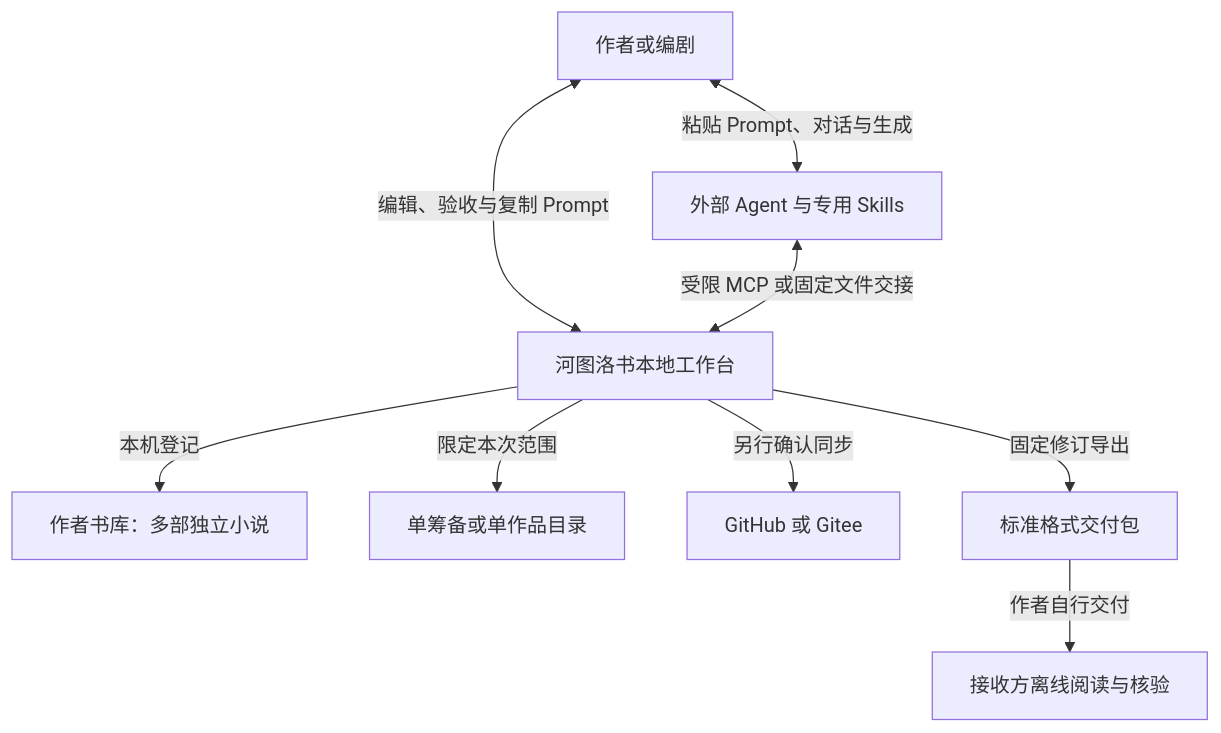
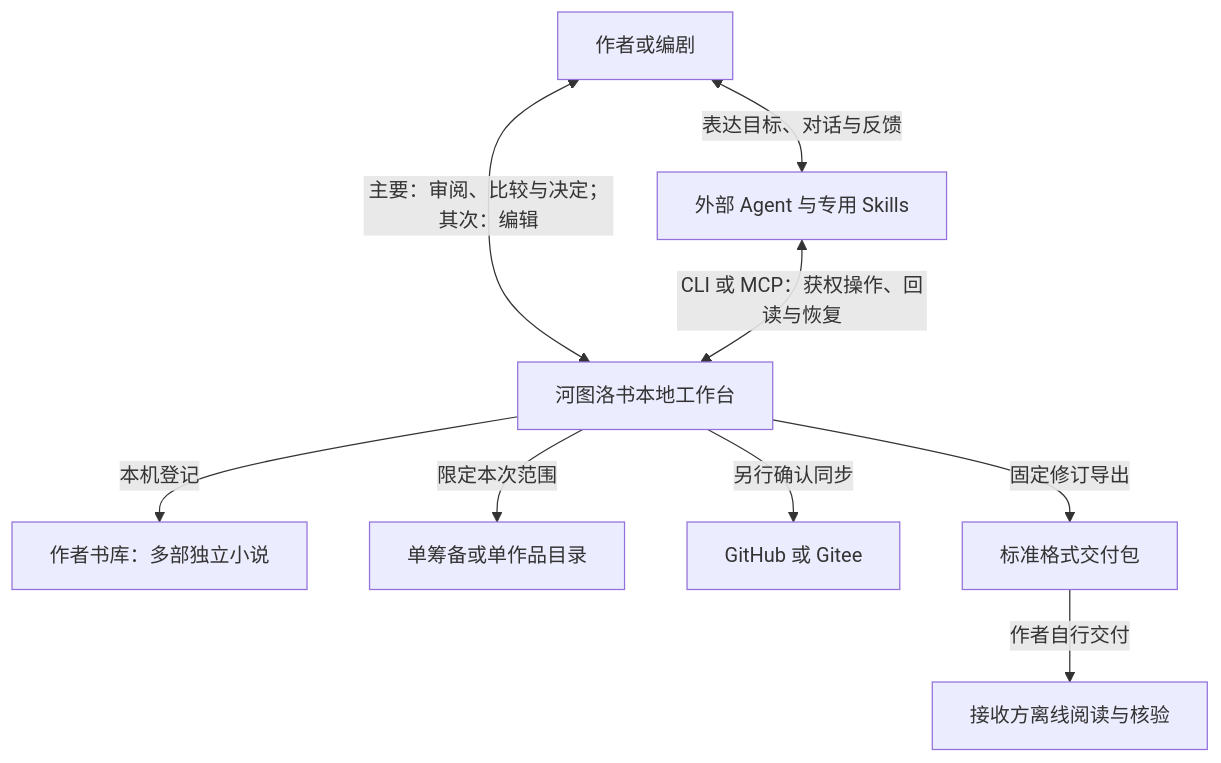
Before and after one commit to limecloud/hetu: the first of 48 diagrams in docs/23-业务流程与MCP时序.md, drawn with Mermaid. The commit also changed other lines of this file and 993 other files, not shown here.

````diff
--- a/docs/23-业务流程与MCP时序.md
+++ b/docs/23-业务流程与MCP时序.md
@@ -26,11 +28,11 @@
 ```mermaid
 flowchart TB
-    author["作者或编剧"] <-->|"编辑、验收与复制 Prompt"| hetu["河图洛书本地工作台"]
-    author <-->|"粘贴 Prompt、对话与生成"| host["外部 Agent 与专用 Skills"]
-    host <-->|"受限 MCP 或固定文件交接"| hetu
+    author["作者或编剧"] <-->|"主要：审阅、比较与决定；其次：编辑"| hetu["河图洛书本地工作台"]
+    author <-->|"表达目标、对话与反馈"| host["外部 Agent 与专用 Skills"]
+    host <-->|"CLI 或 MCP：获权操作、回读与恢复"| hetu
     hetu -->|"本机登记"| library["作者书库：多部独立小说"]
     hetu -->|"限定本次范围"| content["单筹备或单作品目录"]
     hetu -->|"另行确认同步"| remote["GitHub 或 Gitee"]
     hetu -->|"固定修订导出"| bundle["标准格式交付包"]
     bundle -->|"作者自行交付"| recipient["接收方离线阅读与核验"]
 ```
````
